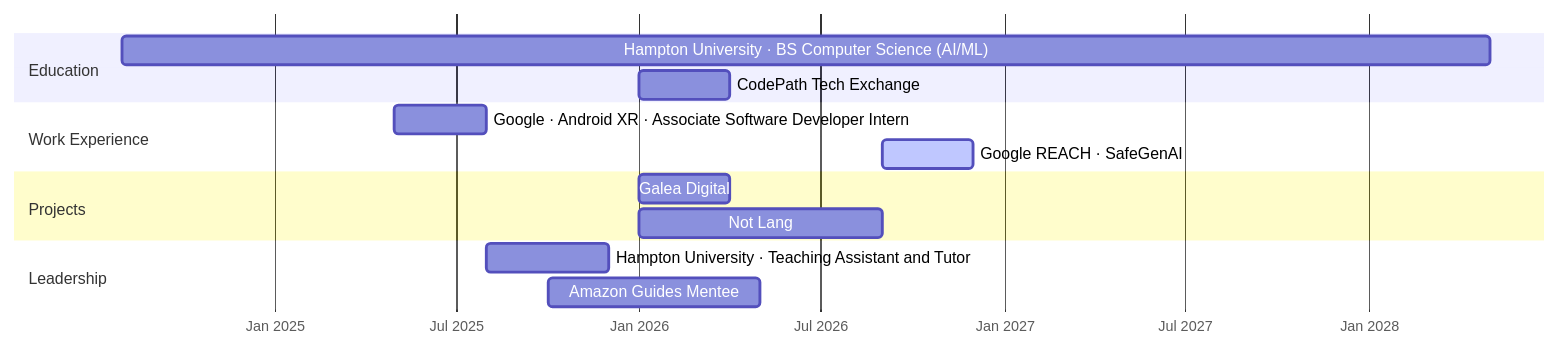
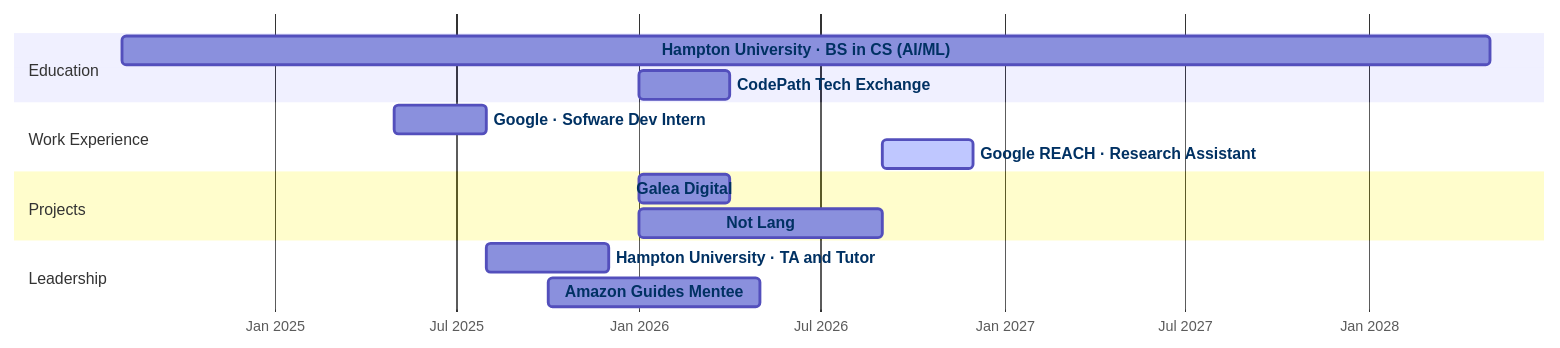
The diagram in content/professional/career portfolio.md (AmierD/amierd.github.io), drawn with Mermaid before and after one commit. The commit also changed other lines of this file, not shown here.

Commit message:
professional: group career portfolio by section and link the corresponding gantt sections to it

````diff
--- a/content/professional/career portfolio.md
+++ b/content/professional/career portfolio.md
@@ -8,22 +8,31 @@
 ```mermaid
 gantt
     dateFormat YYYY-MM
     axisFormat %b %Y
     tickInterval 6month
 
     section Education
-    Hampton University · BS Computer Science (AI/ML)  :edu1, 2024-08, 2028-05
+    Hampton University · BS in CS (AI/ML)  :edu1, 2024-08, 2028-05
     CodePath Tech Exchange                    :edu2, 2026-01, 2026-04
 
     section Work Experience
-    Google · Android XR · Associate Software Developer Intern  :work1, 2025-05, 2025-08
-    Google REACH · SafeGenAI                          :active, work2, 2026-09, 2026-12
+    Google · Sofware Dev Intern  :work1, 2025-05, 2025-08
+    Google REACH · Research Assistant                          :active, work2, 2026-09, 2026-12
 
     section Projects
     Galea Digital                             :proj1, 2026-01, 2026-04
     Not Lang                                  :proj2, 2026-01, 2026-09
 
     section Leadership
-    Hampton University · Teaching Assistant and Tutor  :lead1, 2025-08, 2025-12
+    Hampton University · TA and Tutor  :lead1, 2025-08, 2025-12
     Amazon Guides Mentee                      :lead2, 2025-10, 2026-05
+
+    click edu1 href "#hampton-university"
+    click edu2 href "#codepath-tech-exchange"
+    click work1 href "#google--android-xr"
+    click work2 href "#google-reach--safegenai"
+    click proj1 href "#galea-digital"
+    click proj2 href "#not-lang"
+    click lead1 href "#hampton-university--teaching-assistant-and-tutor"
+    click lead2 href "#amazon-guides-mentee"
 ```
````
